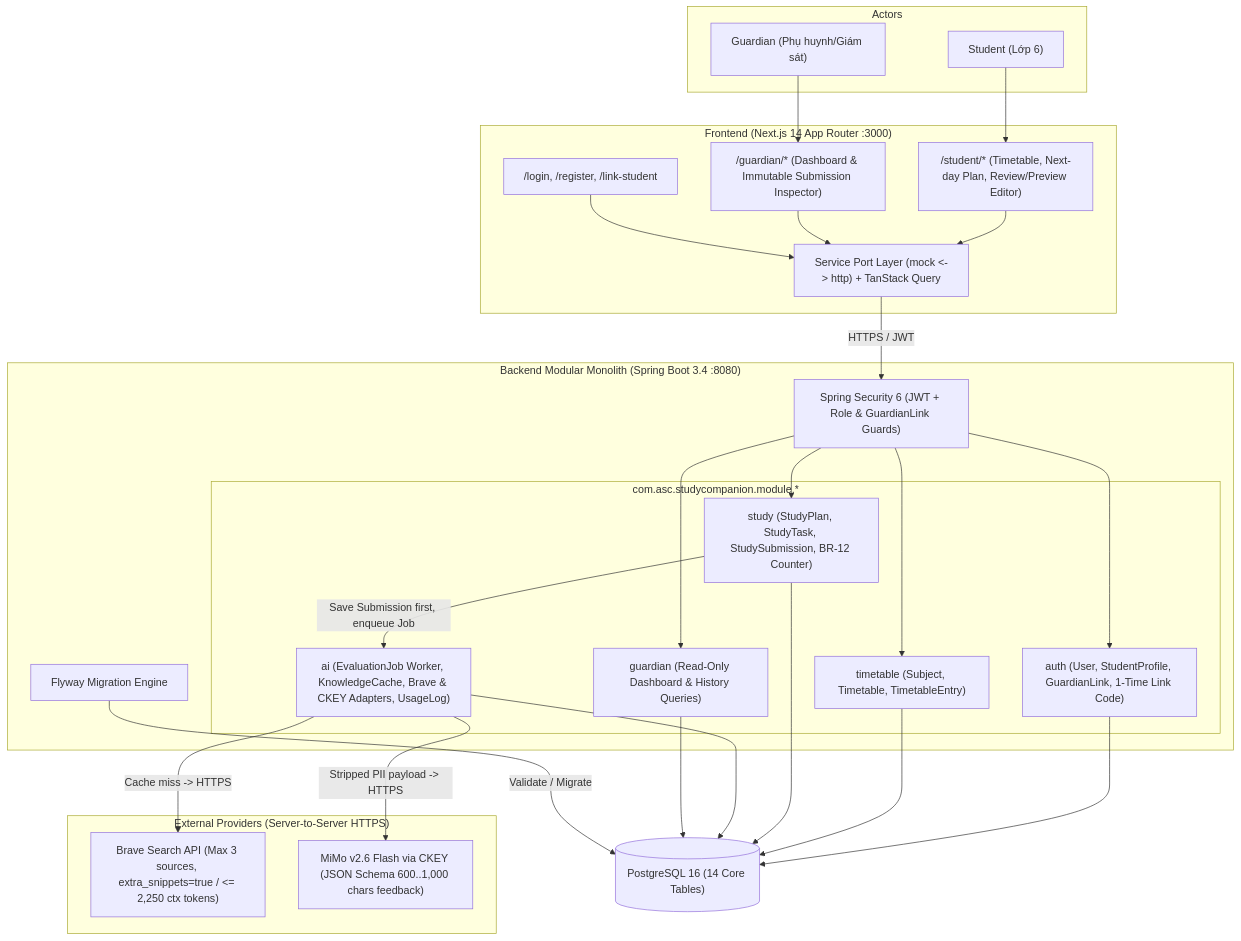
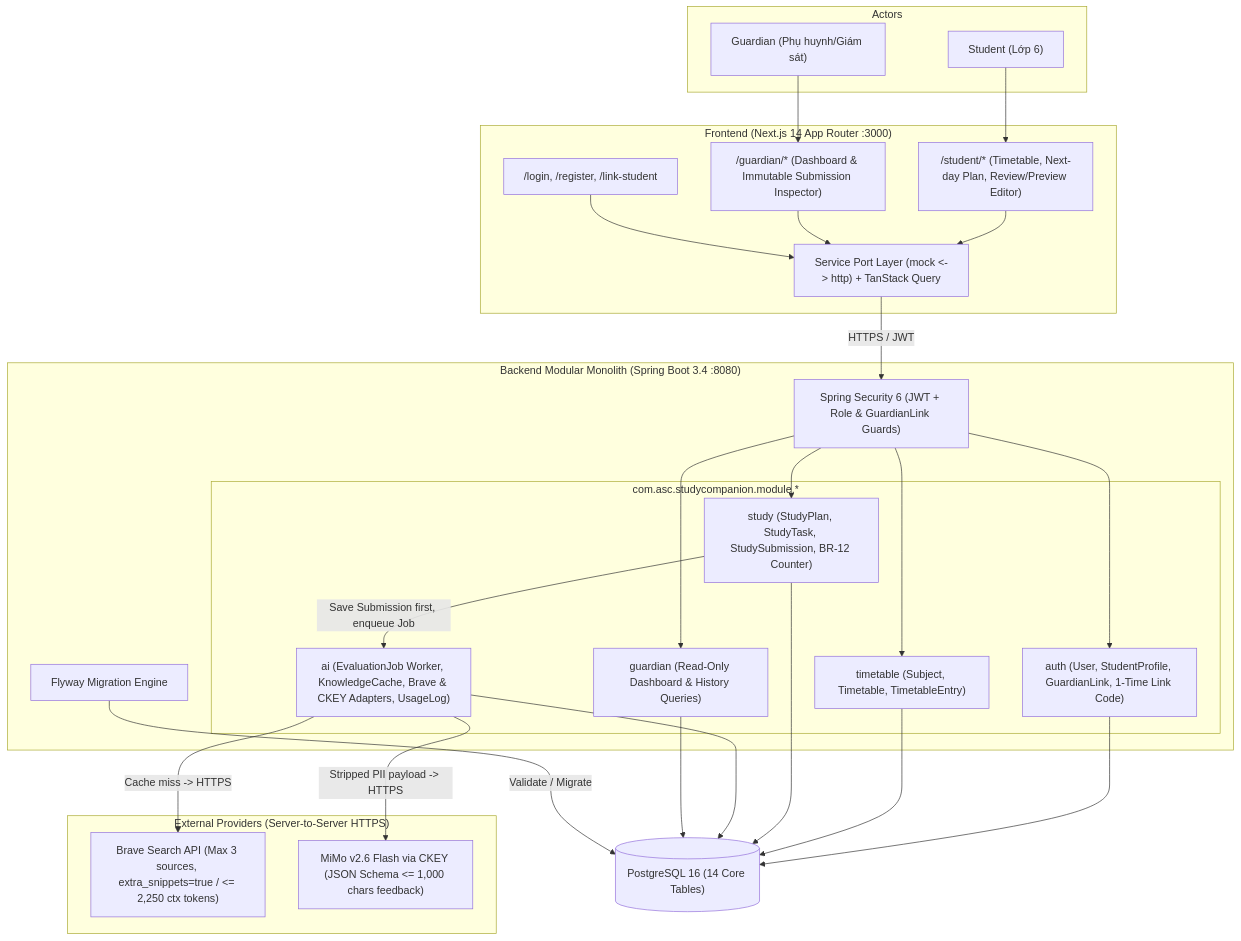
The diagram in docs/ARCHITECTURE.md (QuangTam2005/SEP490-TeaMa), drawn with Mermaid before and after one commit. The commit also changed other lines of this file and 12 other files, not shown here.

````diff
--- a/docs/ARCHITECTURE.md
+++ b/docs/ARCHITECTURE.md
@@ -36,44 +36,44 @@
 ```mermaid
 flowchart TB
     subgraph Users ["Actors"]
         Student["Student (Lớp 6)"]
         Guardian["Guardian (Phụ huynh/Giám sát)"]
     end
 
     subgraph Client ["Frontend (Next.js 14 App Router :3000)"]
         StudentUI["/student/* (Timetable, Next-day Plan, Review/Preview Editor)"]
         GuardianUI["/guardian/* (Dashboard & Immutable Submission Inspector)"]
         AuthUI["/login, /register, /link-student"]
         SvcPort["Service Port Layer (mock <-> http) + TanStack Query"]
     end
 
     subgraph Backend ["Backend Modular Monolith (Spring Boot 3.4 :8080)"]
         Sec["Spring Security 6 (JWT + Role & GuardianLink Guards)"]
         subgraph Modules ["com.asc.studycompanion.module.*"]
             AuthMod["auth (User, StudentProfile, GuardianLink, 1-Time Link Code)"]
             TimeMod["timetable (Subject, Timetable, TimetableEntry)"]
             StudyMod["study (StudyPlan, StudyTask, StudySubmission, BR-12 Counter)"]
             AiMod["ai (EvaluationJob Worker, KnowledgeCache, Brave & CKEY Adapters, UsageLog)"]
             GuardMod["guardian (Read-Only Dashboard & History Queries)"]
         end
         Flyway["Flyway Migration Engine"]
     end
 
     subgraph External ["External Providers (Server-to-Server HTTPS)"]
         Brave["Brave Search API (Max 3 sources, extra_snippets=true / <= 2,250 ctx tokens)"]
-        CKEY["MiMo v2.6 Flash via CKEY (JSON Schema 600..1,000 chars feedback)"]
+        CKEY["MiMo v2.6 Flash via CKEY (JSON Schema <= 1,000 chars feedback)"]
     end
 
     Postgres[("PostgreSQL 16 (14 Core Tables)")]
 
     Student --> StudentUI
     Guardian --> GuardianUI
     StudentUI & GuardianUI & AuthUI --> SvcPort
     SvcPort -->|HTTPS / JWT| Sec
     Sec --> AuthMod & TimeMod & StudyMod & GuardMod
     StudyMod -->|Save Submission first, enqueue Job| AiMod
     AiMod -->|Cache miss -> HTTPS| Brave
     AiMod -->|Stripped PII payload -> HTTPS| CKEY
     AuthMod & TimeMod & StudyMod & AiMod & GuardMod --> Postgres
     Flyway -->|Validate / Migrate| Postgres
 ```
````
